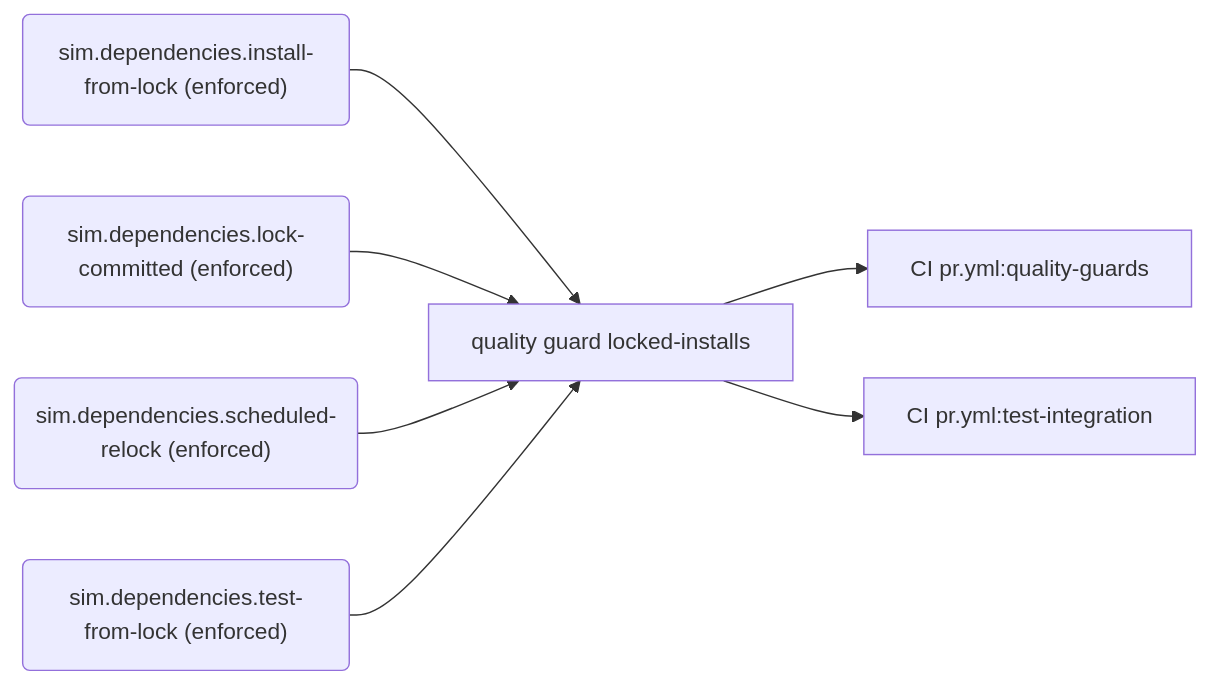
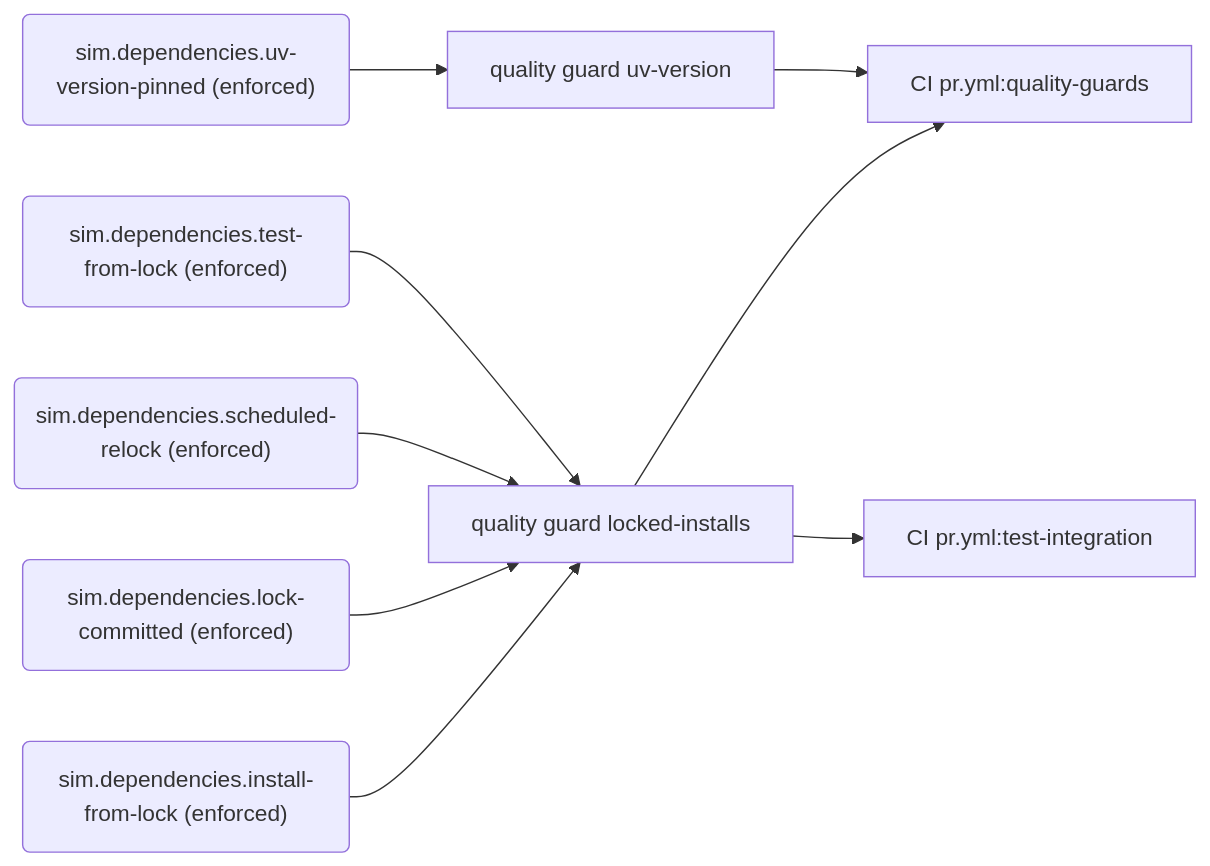
The eighth of 10 diagrams in docs/generated/rules.md (PolicyEngine/policyengine-sim-api), drawn with Mermaid before and after one commit. The commit also changed other lines of this file and 19 other files, not shown here.

````diff
--- a/docs/generated/rules.md
+++ b/docs/generated/rules.md
@@ -410,16 +411,20 @@
 ```mermaid
 flowchart LR
   r_sim_dependencies_install_from_lock("sim.dependencies.install-from-lock (enforced)")
   e_quality_guard_locked_installs["quality guard locked-installs"]
   j_CI_pr_yml_quality_guards["CI pr.yml:quality-guards"]
   r_sim_dependencies_lock_committed("sim.dependencies.lock-committed (enforced)")
   j_CI_pr_yml_test_integration["CI pr.yml:test-integration"]
   r_sim_dependencies_scheduled_relock("sim.dependencies.scheduled-relock (enforced)")
   r_sim_dependencies_test_from_lock("sim.dependencies.test-from-lock (enforced)")
+  r_sim_dependencies_uv_version_pinned("sim.dependencies.uv-version-pinned (enforced)")
+  e_quality_guard_uv_version["quality guard uv-version"]
   r_sim_dependencies_install_from_lock --> e_quality_guard_locked_installs
   e_quality_guard_locked_installs --> j_CI_pr_yml_quality_guards
   r_sim_dependencies_lock_committed --> e_quality_guard_locked_installs
   e_quality_guard_locked_installs --> j_CI_pr_yml_test_integration
   r_sim_dependencies_scheduled_relock --> e_quality_guard_locked_installs
   r_sim_dependencies_test_from_lock --> e_quality_guard_locked_installs
+  r_sim_dependencies_uv_version_pinned --> e_quality_guard_uv_version
+  e_quality_guard_uv_version --> j_CI_pr_yml_quality_guards
 ```
````
